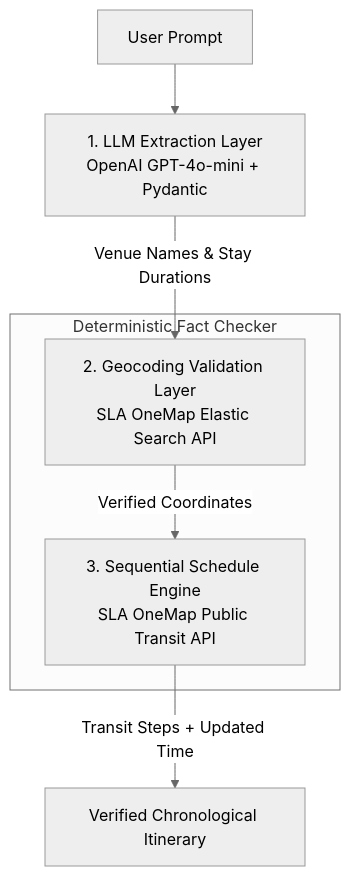
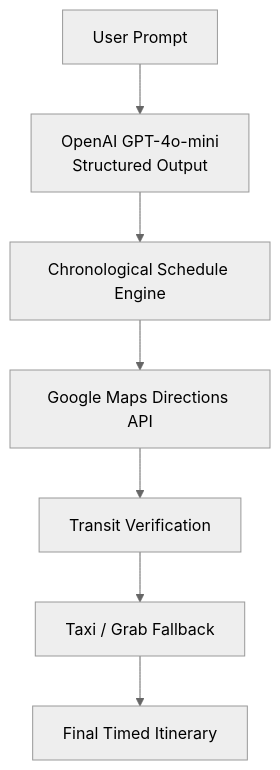
The diagram in README.md (Sherlock-YH/DayOutPlanner), drawn with Mermaid (neutral theme) before and after one commit. The commit also changed other lines of this file, not shown here.

````diff
--- a/README.md
+++ b/README.md
@@ -27,15 +52,17 @@
 ```mermaid
 flowchart TD
-    A[User Prompt] --> B[1. LLM Extraction Layer<br/>OpenAI GPT-4o-mini + Pydantic]
 
-    B -->|Venue Names & Stay Durations| C[2. Geocoding Validation Layer<br/>SLA OneMap Elastic Search API]
+A[User Prompt]
 
-    C -->|Verified Coordinates| D[3. Sequential Schedule Engine<br/>SLA OneMap Public Transit API]
+A --> B[OpenAI GPT-4o-mini<br/>Structured Output]
 
-    D -->|Transit Steps + Updated Time| E[Verified Chronological Itinerary]
+B --> C[Chronological Schedule Engine]
 
-    subgraph Deterministic Fact Checker
-        C
-        D
-    end
+C --> D[Google Maps Directions API]
+
+D --> E[Transit Verification]
+
+E --> F[Taxi / Grab Fallback]
+
+F --> G[Final Timed Itinerary]
 ```
````
